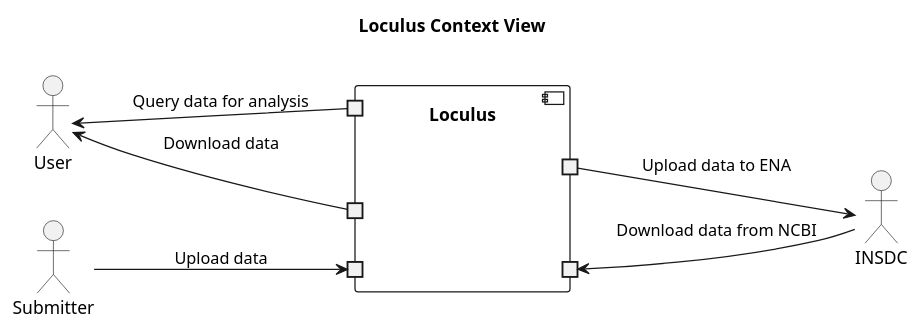
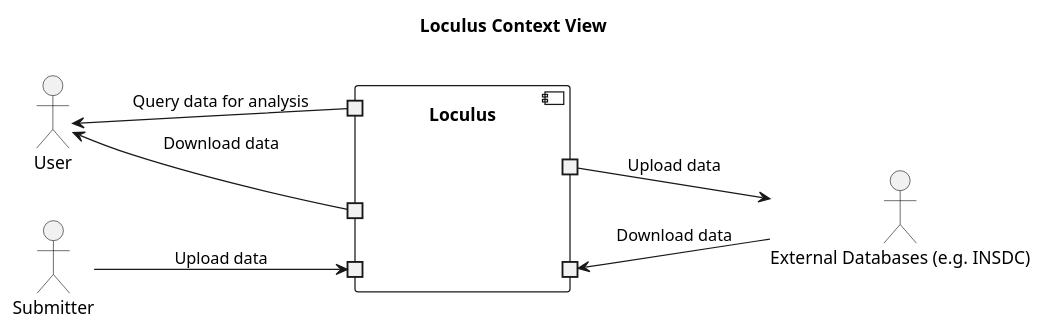
Before and after one commit to loculus-project/loculus: the diagram in architecture_docs/plantuml/03_context_view.puml, drawn with PlantUML. The commit also changed 4 other files, not shown here.

```diff
--- a/architecture_docs/plantuml/03_context_view.puml
+++ b/architecture_docs/plantuml/03_context_view.puml
@@ -1,25 +1,25 @@
 @startuml
 
 title Loculus Context View
 left to right direction
 
 actor User as user
 actor Submitter as submitter
-actor INSDC as insdc
+actor "External Databases (e.g. INSDC)" as externalDatabases
 
 component Loculus as loculus {
     portin " " as download
     portin " " as analysis
     portin " " as upload
     portout " " as ingest
     portout " " as deposition
 }
 
 user <-- download : Download data
 user <-- analysis : Query data for analysis
 submitter --> upload : Upload data
 
-insdc -down-> ingest : Download data from NCBI
-insdc <-up- deposition : Upload data to ENA
+externalDatabases -down-> ingest : Download data
+externalDatabases <-up- deposition : Upload data
 
 @enduml
```
